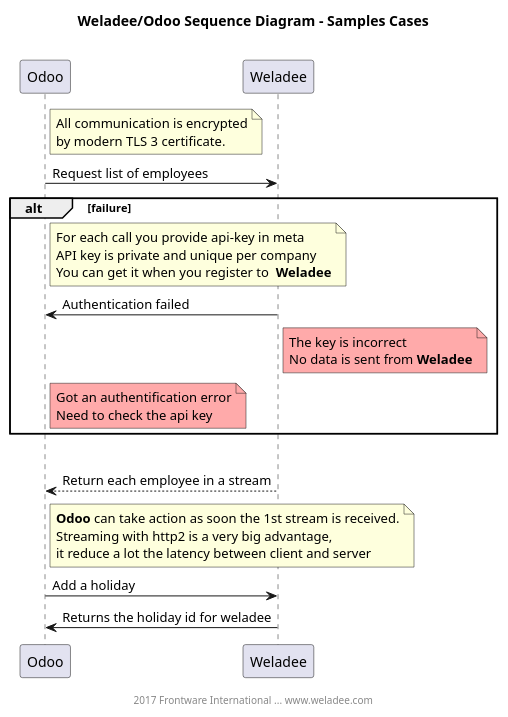
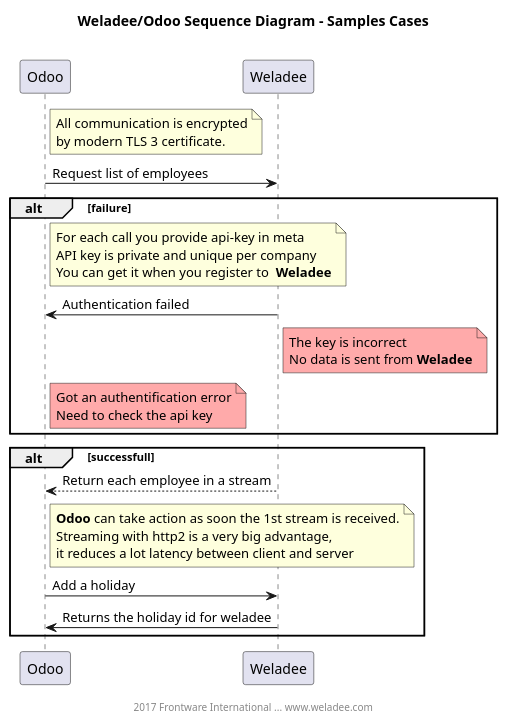
One commit to Frontware/Weladee-odoo changed the diagram in weladee-odoo.puml. Above: the diagram before and after it, drawn with PlantUML.

```diff
--- a/weladee-odoo.puml
+++ b/weladee-odoo.puml
@@ -3,42 +3,41 @@
 @startuml
 
 title Weladee/Odoo Sequence Diagram - Samples Cases\n
 
 note right Odoo
     All communication is encrypted
     by modern TLS 3 certificate.
 end note
 Odoo -> Weladee: Request list of employees
 alt failure
     note right Odoo
         For each call you provide api-key in meta
         API key is private and unique per company
         You can get it when you register to  **Weladee**
     end note
     Weladee -> Odoo: Authentication failed
     note right Weladee #FFAAAA
         The key is incorrect
         No data is sent from **Weladee**
     end note
     note right Odoo #FFAAAA
         Got an authentification error
         Need to check the api key
     end note
 end
 alt successfull
     Weladee --> Odoo: Return each employee in a stream
     note right Odoo
         **Odoo** can take action as soon the 1st stream is received.
         Streaming with http2 is a very big advantage,
-        it reduce a lot the latency between client and server
+        it reduces a lot latency between client and server
     end note
     Odoo -> Weladee: Add a holiday
     Odoo <- Weladee: Returns the holiday id for weladee
-
-
+end
 footer
 
 2017 Frontware International ... www.weladee.com
 end footer
 
 @enduml
```
